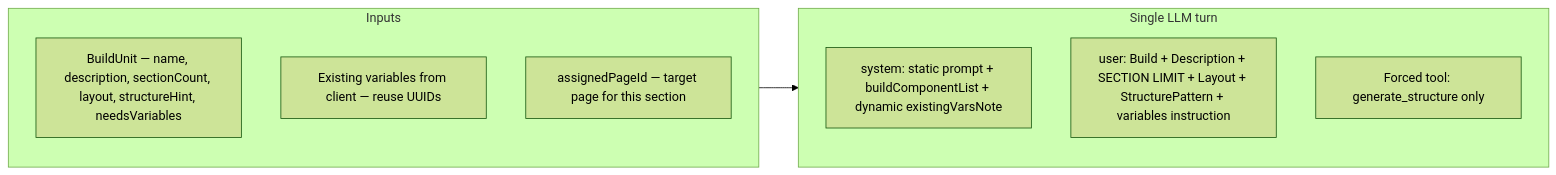
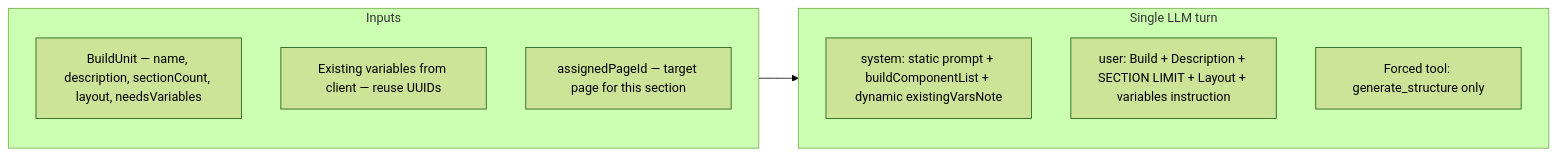
Before and after one commit to ahmadzraiq/mythex-frontend: the second of 4 diagrams in docs/STRUCTURE-AGENT-FLOW.md, drawn with Mermaid (forest theme). The commit also changed 81 other files, not shown here.

````diff
--- a/docs/STRUCTURE-AGENT-FLOW.md
+++ b/docs/STRUCTURE-AGENT-FLOW.md
@@ -73,16 +73,16 @@
 ```mermaid
 flowchart LR
   subgraph inputs [Inputs]
-    U[BuildUnit — name, description, sectionCount, layout, structureHint, needsVariables]
+    U[BuildUnit — name, description, sectionCount, layout, needsVariables]
     V[Existing variables from client — reuse UUIDs]
     P[assignedPageId — target page for this section]
   end
 
   subgraph llm [Single LLM turn]
     SYS[system: static prompt + buildComponentList + dynamic existingVarsNote]
-    USR[user: Build + Description + SECTION LIMIT + Layout + StructurePattern + variables instruction]
+    USR[user: Build + Description + SECTION LIMIT + Layout + variables instruction]
     TOOL[Forced tool: generate_structure only]
   end
 
   inputs --> llm
 ```
````
